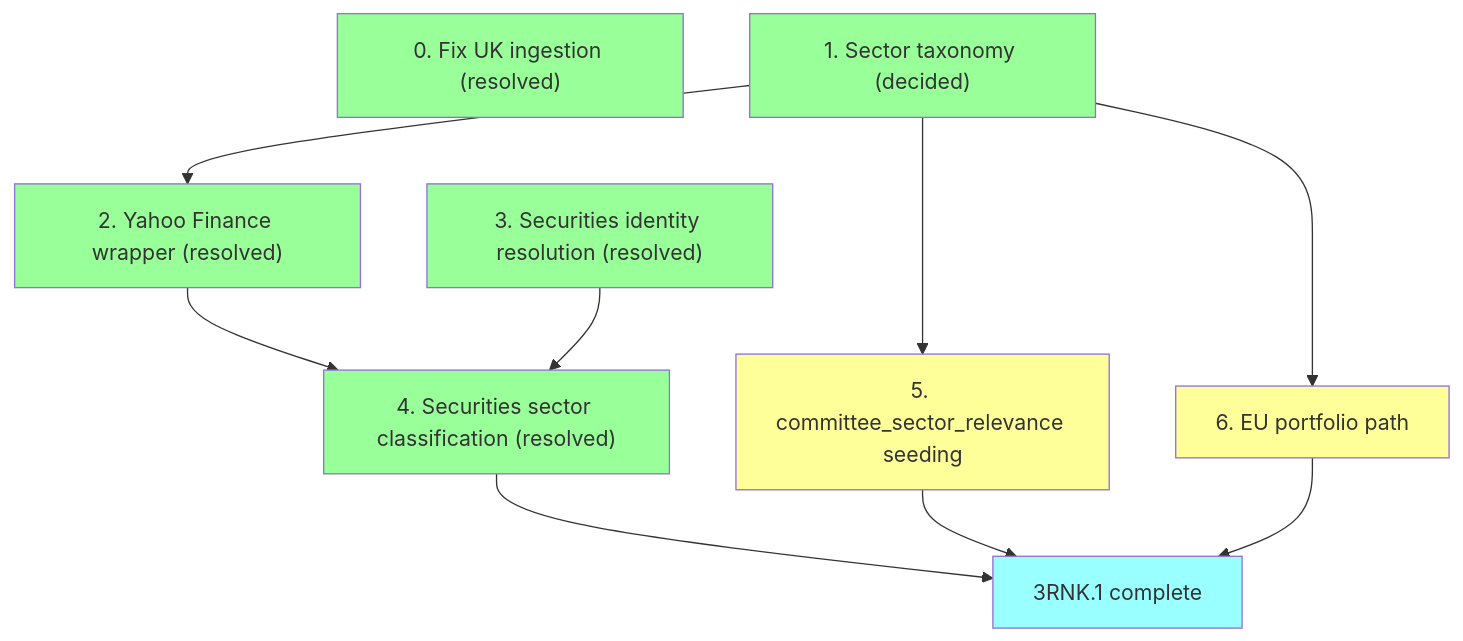
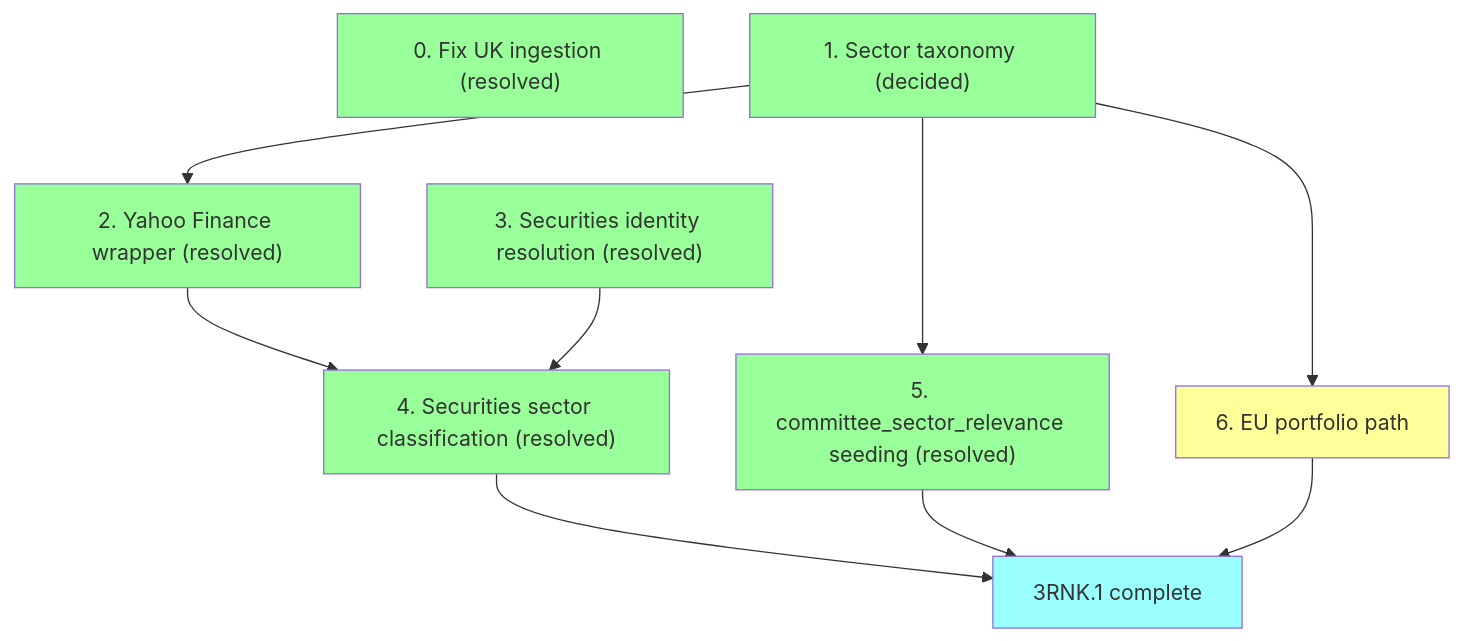
Before and after one commit to Oggie112/CrossBench: the diagram in docs/plan/3rnk1-prerequisites.md, drawn with Mermaid. The commit also changed other lines of this file, not shown here.

First line of the commit message:
docs(plan): mark 3RNK.1 step 5 resolved

````diff
--- a/docs/plan/3rnk1-prerequisites.md
+++ b/docs/plan/3rnk1-prerequisites.md
@@ -72,25 +83,25 @@
 ```mermaid
 graph TD
   s0["0. Fix UK ingestion (resolved)"]:::done
   s1["1. Sector taxonomy (decided)"]:::done
   s2["2. Yahoo Finance wrapper (resolved)"]:::done
   s3["3. Securities identity resolution (resolved)"]:::done
   s4["4. Securities sector classification (resolved)"]:::done
-  s5["5. committee_sector_relevance seeding"]:::open
+  s5["5. committee_sector_relevance seeding (resolved)"]:::done
   s6["6. EU portfolio path"]:::open
   done3rnk["3RNK.1 complete"]:::mile
 
   s1 --> s2
   s2 --> s4
   s3 --> s4
   s1 --> s5
   s1 --> s6
   s4 --> done3rnk
   s5 --> done3rnk
   s6 --> done3rnk
 
   classDef indep fill:#ff9;
   classDef done fill:#9f9;
   classDef open fill:#ff9;
   classDef mile fill:#9ff;
 ```
````
